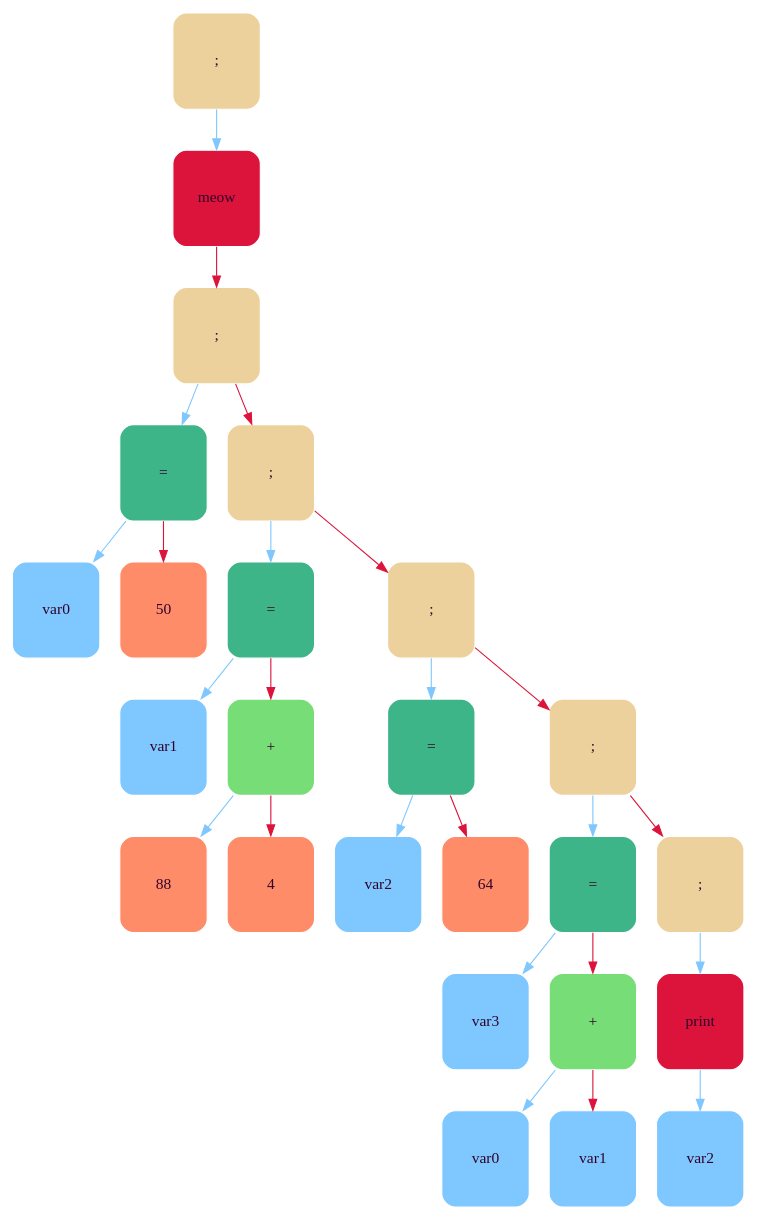
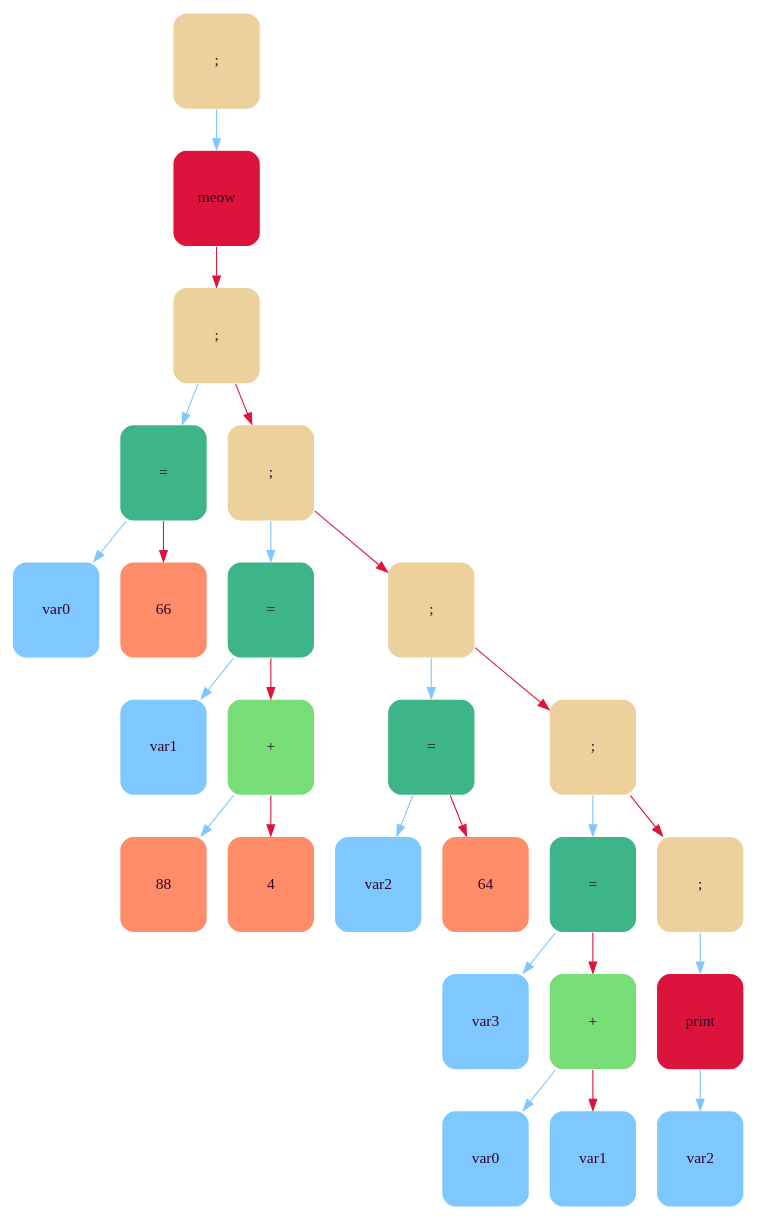
One commit to MaxGroshev/language changed the diagram in tree/graph_lib/tree_dump.dot. Above: the diagram before and after it, drawn with Graphviz. The commit also changed 22 other files, not shown here.

```diff
--- a/tree/graph_lib/tree_dump.dot
+++ b/tree/graph_lib/tree_dump.dot
@@ -3,53 +3,53 @@
 rankdir = ""
 splines = "true"
 
-node0x55bb34cb0838 [shape = "Mrecord", width = 1.1, height = 1.21, fillcolor = "#EDD19C", style = "filled", fontcolor = "#31032A", fontname = "Calibri", color = "white", label = "{;}"]
-node0x55bb34cb0838 -> node0x55bb34cb08a8 [color = "#7FC7FF", style = "", constraint = true, fillcolor = "#7FC7FF",   fontcolor = "", fontname = "Calibri", label = ""];
-node0x55bb34cb08a8 [shape = "Mrecord", width = 1.1, height = 1.21, fillcolor = "#DC143C", style = "filled", fontcolor = "#31032A", fontname = "Calibri", color = "white", label = "{meow}"]
-node0x55bb34cb08a8 -> node0x55bb34cb0918 [color = "#DC143C", style = "", constraint = true, fillcolor = "#DC143C",   fontcolor = "", fontname = "Calibri", label = ""];
-node0x55bb34cb0918 [shape = "Mrecord", width = 1.1, height = 1.21, fillcolor = "#EDD19C", style = "filled", fontcolor = "#31032A", fontname = "Calibri", color = "white", label = "{;}"]
-node0x55bb34cb0918 -> node0x55bb34cb0988 [color = "#7FC7FF", style = "", constraint = true, fillcolor = "#7FC7FF",   fontcolor = "", fontname = "Calibri", label = ""];
-node0x55bb34cb0988 [shape = "Mrecord", width = 1.1, height = 1.21, fillcolor = "#3EB489", style = "filled", fontcolor = "#31032A", fontname = "Calibri", color = "white", label = "{=}"]
-node0x55bb34cb0988 -> node0x55bb34cb09f8 [color = "#7FC7FF", style = "", constraint = true, fillcolor = "#7FC7FF",   fontcolor = "", fontname = "Calibri", label = ""];
-node0x55bb34cb09f8 [shape = "Mrecord", width = 1.1, height = 1.21, fillcolor = "#7FC7FF", style = "filled", fontcolor = "#31032A", fontname = "Calibri", color = "white", label = "{var0}"]
-node0x55bb34cb0988 -> node0x55bb34cb0a68 [color = "#DC143C", style = "", constraint = true, fillcolor = "#DC143C",   fontcolor = "", fontname = "Calibri", label = ""];
-node0x55bb34cb0a68 [shape = "Mrecord", width = 1.1, height = 1.21, fillcolor = "#FF8C69", style = "filled", fontcolor = "#31032A", fontname = "Calibri", color = "white", label = "{50}"]
-node0x55bb34cb0918 -> node0x55bb34cb0ad8 [color = "#DC143C", style = "", constraint = true, fillcolor = "#DC143C",   fontcolor = "", fontname = "Calibri", label = ""];
-node0x55bb34cb0ad8 [shape = "Mrecord", width = 1.1, height = 1.21, fillcolor = "#EDD19C", style = "filled", fontcolor = "#31032A", fontname = "Calibri", color = "white", label = "{;}"]
-node0x55bb34cb0ad8 -> node0x55bb34cb0b48 [color = "#7FC7FF", style = "", constraint = true, fillcolor = "#7FC7FF",   fontcolor = "", fontname = "Calibri", label = ""];
-node0x55bb34cb0b48 [shape = "Mrecord", width = 1.1, height = 1.21, fillcolor = "#3EB489", style = "filled", fontcolor = "#31032A", fontname = "Calibri", color = "white", label = "{=}"]
-node0x55bb34cb0b48 -> node0x55bb34cb0bb8 [color = "#7FC7FF", style = "", constraint = true, fillcolor = "#7FC7FF",   fontcolor = "", fontname = "Calibri", label = ""];
-node0x55bb34cb0bb8 [shape = "Mrecord", width = 1.1, height = 1.21, fillcolor = "#7FC7FF", style = "filled", fontcolor = "#31032A", fontname = "Calibri", color = "white", label = "{var1}"]
-node0x55bb34cb0b48 -> node0x55bb34cb0c28 [color = "#DC143C", style = "", constraint = true, fillcolor = "#DC143C",   fontcolor = "", fontname = "Calibri", label = ""];
-node0x55bb34cb0c28 [shape = "Mrecord", width = 1.1, height = 1.21, fillcolor = "#77DD77", style = "filled", fontcolor = "#31032A", fontname = "Calibri", color = "white", label = "{+}"]
-node0x55bb34cb0c28 -> node0x55bb34cb1168 [color = "#7FC7FF", style = "", constraint = true, fillcolor = "#7FC7FF",   fontcolor = "", fontname = "Calibri", label = ""];
-node0x55bb34cb1168 [shape = "Mrecord", width = 1.1, height = 1.21, fillcolor = "#FF8C69", style = "filled", fontcolor = "#31032A", fontname = "Calibri", color = "white", label = "{88}"]
-node0x55bb34cb0c28 -> node0x55bb34cb11d8 [color = "#DC143C", style = "", constraint = true, fillcolor = "#DC143C",   fontcolor = "", fontname = "Calibri", label = ""];
-node0x55bb34cb11d8 [shape = "Mrecord", width = 1.1, height = 1.21, fillcolor = "#FF8C69", style = "filled", fontcolor = "#31032A", fontname = "Calibri", color = "white", label = "{4}"]
-node0x55bb34cb0ad8 -> node0x55bb34cb1248 [color = "#DC143C", style = "", constraint = true, fillcolor = "#DC143C",   fontcolor = "", fontname = "Calibri", label = ""];
-node0x55bb34cb1248 [shape = "Mrecord", width = 1.1, height = 1.21, fillcolor = "#EDD19C", style = "filled", fontcolor = "#31032A", fontname = "Calibri", color = "white", label = "{;}"]
-node0x55bb34cb1248 -> node0x55bb34cb12b8 [color = "#7FC7FF", style = "", constraint = true, fillcolor = "#7FC7FF",   fontcolor = "", fontname = "Calibri", label = ""];
-node0x55bb34cb12b8 [shape = "Mrecord", width = 1.1, height = 1.21, fillcolor = "#3EB489", style = "filled", fontcolor = "#31032A", fontname = "Calibri", color = "white", label = "{=}"]
-node0x55bb34cb12b8 -> node0x55bb34cb1328 [color = "#7FC7FF", style = "", constraint = true, fillcolor = "#7FC7FF",   fontcolor = "", fontname = "Calibri", label = ""];
-node0x55bb34cb1328 [shape = "Mrecord", width = 1.1, height = 1.21, fillcolor = "#7FC7FF", style = "filled", fontcolor = "#31032A", fontname = "Calibri", color = "white", label = "{var2}"]
-node0x55bb34cb12b8 -> node0x55bb34cb1398 [color = "#DC143C", style = "", constraint = true, fillcolor = "#DC143C",   fontcolor = "", fontname = "Calibri", label = ""];
-node0x55bb34cb1398 [shape = "Mrecord", width = 1.1, height = 1.21, fillcolor = "#FF8C69", style = "filled", fontcolor = "#31032A", fontname = "Calibri", color = "white", label = "{64}"]
-node0x55bb34cb1248 -> node0x55bb34cb1408 [color = "#DC143C", style = "", constraint = true, fillcolor = "#DC143C",   fontcolor = "", fontname = "Calibri", label = ""];
-node0x55bb34cb1408 [shape = "Mrecord", width = 1.1, height = 1.21, fillcolor = "#EDD19C", style = "filled", fontcolor = "#31032A", fontname = "Calibri", color = "white", label = "{;}"]
-node0x55bb34cb1408 -> node0x55bb34cb1478 [color = "#7FC7FF", style = "", constraint = true, fillcolor = "#7FC7FF",   fontcolor = "", fontname = "Calibri", label = ""];
-node0x55bb34cb1478 [shape = "Mrecord", width = 1.1, height = 1.21, fillcolor = "#3EB489", style = "filled", fontcolor = "#31032A", fontname = "Calibri", color = "white", label = "{=}"]
-node0x55bb34cb1478 -> node0x55bb34cb14e8 [color = "#7FC7FF", style = "", constraint = true, fillcolor = "#7FC7FF",   fontcolor = "", fontname = "Calibri", label = ""];
-node0x55bb34cb14e8 [shape = "Mrecord", width = 1.1, height = 1.21, fillcolor = "#7FC7FF", style = "filled", fontcolor = "#31032A", fontname = "Calibri", color = "white", label = "{var3}"]
-node0x55bb34cb1478 -> node0x55bb34cb1558 [color = "#DC143C", style = "", constraint = true, fillcolor = "#DC143C",   fontcolor = "", fontname = "Calibri", label = ""];
-node0x55bb34cb1558 [shape = "Mrecord", width = 1.1, height = 1.21, fillcolor = "#77DD77", style = "filled", fontcolor = "#31032A", fontname = "Calibri", color = "white", label = "{+}"]
-node0x55bb34cb1558 -> node0x55bb34cb15c8 [color = "#7FC7FF", style = "", constraint = true, fillcolor = "#7FC7FF",   fontcolor = "", fontname = "Calibri", label = ""];
-node0x55bb34cb15c8 [shape = "Mrecord", width = 1.1, height = 1.21, fillcolor = "#7FC7FF", style = "filled", fontcolor = "#31032A", fontname = "Calibri", color = "white", label = "{var0}"]
-node0x55bb34cb1558 -> node0x55bb34cb1638 [color = "#DC143C", style = "", constraint = true, fillcolor = "#DC143C",   fontcolor = "", fontname = "Calibri", label = ""];
-node0x55bb34cb1638 [shape = "Mrecord", width = 1.1, height = 1.21, fillcolor = "#7FC7FF", style = "filled", fontcolor = "#31032A", fontname = "Calibri", color = "white", label = "{var1}"]
-node0x55bb34cb1408 -> node0x55bb34cb16a8 [color = "#DC143C", style = "", constraint = true, fillcolor = "#DC143C",   fontcolor = "", fontname = "Calibri", label = ""];
-node0x55bb34cb16a8 [shape = "Mrecord", width = 1.1, height = 1.21, fillcolor = "#EDD19C", style = "filled", fontcolor = "#31032A", fontname = "Calibri", color = "white", label = "{;}"]
-node0x55bb34cb16a8 -> node0x55bb34cb1718 [color = "#7FC7FF", style = "", constraint = true, fillcolor = "#7FC7FF",   fontcolor = "", fontname = "Calibri", label = ""];
-node0x55bb34cb1718 [shape = "Mrecord", width = 1.1, height = 1.21, fillcolor = "#DC143C", style = "filled", fontcolor = "#31032A", fontname = "Calibri", color = "white", label = "{print}"]
-node0x55bb34cb1718 -> node0x55bb34cb1788 [color = "#7FC7FF", style = "", constraint = true, fillcolor = "#7FC7FF",   fontcolor = "", fontname = "Calibri", label = ""];
-node0x55bb34cb1788 [shape = "Mrecord", width = 1.1, height = 1.21, fillcolor = "#7FC7FF", style = "filled", fontcolor = "#31032A", fontname = "Calibri", color = "white", label = "{var2}"]
+node0x55ddb92b9bd8 [shape = "Mrecord", width = 1.1, height = 1.21, fillcolor = "#EDD19C", style = "filled", fontcolor = "#31032A", fontname = "Calibri", color = "white", label = "{;}"]
+node0x55ddb92b9bd8 -> node0x55ddb92b9c48 [color = "#7FC7FF", style = "", constraint = true, fillcolor = "#7FC7FF",   fontcolor = "", fontname = "Calibri", label = ""];
+node0x55ddb92b9c48 [shape = "Mrecord", width = 1.1, height = 1.21, fillcolor = "#DC143C", style = "filled", fontcolor = "#31032A", fontname = "Calibri", color = "white", label = "{meow}"]
+node0x55ddb92b9c48 -> node0x55ddb92b9cb8 [color = "#DC143C", style = "", constraint = true, fillcolor = "#DC143C",   fontcolor = "", fontname = "Calibri", label = ""];
+node0x55ddb92b9cb8 [shape = "Mrecord", width = 1.1, height = 1.21, fillcolor = "#EDD19C", style = "filled", fontcolor = "#31032A", fontname = "Calibri", color = "white", label = "{;}"]
+node0x55ddb92b9cb8 -> node0x55ddb92b9d28 [color = "#7FC7FF", style = "", constraint = true, fillcolor = "#7FC7FF",   fontcolor = "", fontname = "Calibri", label = ""];
+node0x55ddb92b9d28 [shape = "Mrecord", width = 1.1, height = 1.21, fillcolor = "#3EB489", style = "filled", fontcolor = "#31032A", fontname = "Calibri", color = "white", label = "{=}"]
+node0x55ddb92b9d28 -> node0x55ddb92b9d98 [color = "#7FC7FF", style = "", constraint = true, fillcolor = "#7FC7FF",   fontcolor = "", fontname = "Calibri", label = ""];
+node0x55ddb92b9d98 [shape = "Mrecord", width = 1.1, height = 1.21, fillcolor = "#7FC7FF", style = "filled", fontcolor = "#31032A", fontname = "Calibri", color = "white", label = "{var0}"]
+node0x55ddb92b9d28 -> node0x55ddb92b9e08 [color = "#DC143C", style = "", constraint = true, fillcolor = "#DC143C",   fontcolor = "", fontname = "Calibri", label = ""];
+node0x55ddb92b9e08 [shape = "Mrecord", width = 1.1, height = 1.21, fillcolor = "#FF8C69", style = "filled", fontcolor = "#31032A", fontname = "Calibri", color = "white", label = "{66}"]
+node0x55ddb92b9cb8 -> node0x55ddb92b9e78 [color = "#DC143C", style = "", constraint = true, fillcolor = "#DC143C",   fontcolor = "", fontname = "Calibri", label = ""];
+node0x55ddb92b9e78 [shape = "Mrecord", width = 1.1, height = 1.21, fillcolor = "#EDD19C", style = "filled", fontcolor = "#31032A", fontname = "Calibri", color = "white", label = "{;}"]
+node0x55ddb92b9e78 -> node0x55ddb92b9ee8 [color = "#7FC7FF", style = "", constraint = true, fillcolor = "#7FC7FF",   fontcolor = "", fontname = "Calibri", label = ""];
+node0x55ddb92b9ee8 [shape = "Mrecord", width = 1.1, height = 1.21, fillcolor = "#3EB489", style = "filled", fontcolor = "#31032A", fontname = "Calibri", color = "white", label = "{=}"]
+node0x55ddb92b9ee8 -> node0x55ddb92b9f58 [color = "#7FC7FF", style = "", constraint = true, fillcolor = "#7FC7FF",   fontcolor = "", fontname = "Calibri", label = ""];
+node0x55ddb92b9f58 [shape = "Mrecord", width = 1.1, height = 1.21, fillcolor = "#7FC7FF", style = "filled", fontcolor = "#31032A", fontname = "Calibri", color = "white", label = "{var1}"]
+node0x55ddb92b9ee8 -> node0x55ddb92b9fc8 [color = "#DC143C", style = "", constraint = true, fillcolor = "#DC143C",   fontcolor = "", fontname = "Calibri", label = ""];
+node0x55ddb92b9fc8 [shape = "Mrecord", width = 1.1, height = 1.21, fillcolor = "#77DD77", style = "filled", fontcolor = "#31032A", fontname = "Calibri", color = "white", label = "{+}"]
+node0x55ddb92b9fc8 -> node0x55ddb92ba038 [color = "#7FC7FF", style = "", constraint = true, fillcolor = "#7FC7FF",   fontcolor = "", fontname = "Calibri", label = ""];
+node0x55ddb92ba038 [shape = "Mrecord", width = 1.1, height = 1.21, fillcolor = "#FF8C69", style = "filled", fontcolor = "#31032A", fontname = "Calibri", color = "white", label = "{88}"]
+node0x55ddb92b9fc8 -> node0x55ddb92ba0a8 [color = "#DC143C", style = "", constraint = true, fillcolor = "#DC143C",   fontcolor = "", fontname = "Calibri", label = ""];
+node0x55ddb92ba0a8 [shape = "Mrecord", width = 1.1, height = 1.21, fillcolor = "#FF8C69", style = "filled", fontcolor = "#31032A", fontname = "Calibri", color = "white", label = "{4}"]
+node0x55ddb92b9e78 -> node0x55ddb92ba118 [color = "#DC143C", style = "", constraint = true, fillcolor = "#DC143C",   fontcolor = "", fontname = "Calibri", label = ""];
+node0x55ddb92ba118 [shape = "Mrecord", width = 1.1, height = 1.21, fillcolor = "#EDD19C", style = "filled", fontcolor = "#31032A", fontname = "Calibri", color = "white", label = "{;}"]
+node0x55ddb92ba118 -> node0x55ddb92ba188 [color = "#7FC7FF", style = "", constraint = true, fillcolor = "#7FC7FF",   fontcolor = "", fontname = "Calibri", label = ""];
+node0x55ddb92ba188 [shape = "Mrecord", width = 1.1, height = 1.21, fillcolor = "#3EB489", style = "filled", fontcolor = "#31032A", fontname = "Calibri", color = "white", label = "{=}"]
+node0x55ddb92ba188 -> node0x55ddb92ba1f8 [color = "#7FC7FF", style = "", constraint = true, fillcolor = "#7FC7FF",   fontcolor = "", fontname = "Calibri", label = ""];
+node0x55ddb92ba1f8 [shape = "Mrecord", width = 1.1, height = 1.21, fillcolor = "#7FC7FF", style = "filled", fontcolor = "#31032A", fontname = "Calibri", color = "white", label = "{var2}"]
+node0x55ddb92ba188 -> node0x55ddb92ba268 [color = "#DC143C", style = "", constraint = true, fillcolor = "#DC143C",   fontcolor = "", fontname = "Calibri", label = ""];
+node0x55ddb92ba268 [shape = "Mrecord", width = 1.1, height = 1.21, fillcolor = "#FF8C69", style = "filled", fontcolor = "#31032A", fontname = "Calibri", color = "white", label = "{64}"]
+node0x55ddb92ba118 -> node0x55ddb92ba2d8 [color = "#DC143C", style = "", constraint = true, fillcolor = "#DC143C",   fontcolor = "", fontname = "Calibri", label = ""];
+node0x55ddb92ba2d8 [shape = "Mrecord", width = 1.1, height = 1.21, fillcolor = "#EDD19C", style = "filled", fontcolor = "#31032A", fontname = "Calibri", color = "white", label = "{;}"]
+node0x55ddb92ba2d8 -> node0x55ddb92ba348 [color = "#7FC7FF", style = "", constraint = true, fillcolor = "#7FC7FF",   fontcolor = "", fontname = "Calibri", label = ""];
+node0x55ddb92ba348 [shape = "Mrecord", width = 1.1, height = 1.21, fillcolor = "#3EB489", style = "filled", fontcolor = "#31032A", fontname = "Calibri", color = "white", label = "{=}"]
+node0x55ddb92ba348 -> node0x55ddb92ba3b8 [color = "#7FC7FF", style = "", constraint = true, fillcolor = "#7FC7FF",   fontcolor = "", fontname = "Calibri", label = ""];
+node0x55ddb92ba3b8 [shape = "Mrecord", width = 1.1, height = 1.21, fillcolor = "#7FC7FF", style = "filled", fontcolor = "#31032A", fontname = "Calibri", color = "white", label = "{var3}"]
+node0x55ddb92ba348 -> node0x55ddb92ba428 [color = "#DC143C", style = "", constraint = true, fillcolor = "#DC143C",   fontcolor = "", fontname = "Calibri", label = ""];
+node0x55ddb92ba428 [shape = "Mrecord", width = 1.1, height = 1.21, fillcolor = "#77DD77", style = "filled", fontcolor = "#31032A", fontname = "Calibri", color = "white", label = "{+}"]
+node0x55ddb92ba428 -> node0x55ddb92ba498 [color = "#7FC7FF", style = "", constraint = true, fillcolor = "#7FC7FF",   fontcolor = "", fontname = "Calibri", label = ""];
+node0x55ddb92ba498 [shape = "Mrecord", width = 1.1, height = 1.21, fillcolor = "#7FC7FF", style = "filled", fontcolor = "#31032A", fontname = "Calibri", color = "white", label = "{var0}"]
+node0x55ddb92ba428 -> node0x55ddb92ba508 [color = "#DC143C", style = "", constraint = true, fillcolor = "#DC143C",   fontcolor = "", fontname = "Calibri", label = ""];
+node0x55ddb92ba508 [shape = "Mrecord", width = 1.1, height = 1.21, fillcolor = "#7FC7FF", style = "filled", fontcolor = "#31032A", fontname = "Calibri", color = "white", label = "{var1}"]
+node0x55ddb92ba2d8 -> node0x55ddb92ba578 [color = "#DC143C", style = "", constraint = true, fillcolor = "#DC143C",   fontcolor = "", fontname = "Calibri", label = ""];
+node0x55ddb92ba578 [shape = "Mrecord", width = 1.1, height = 1.21, fillcolor = "#EDD19C", style = "filled", fontcolor = "#31032A", fontname = "Calibri", color = "white", label = "{;}"]
+node0x55ddb92ba578 -> node0x55ddb92ba5e8 [color = "#7FC7FF", style = "", constraint = true, fillcolor = "#7FC7FF",   fontcolor = "", fontname = "Calibri", label = ""];
+node0x55ddb92ba5e8 [shape = "Mrecord", width = 1.1, height = 1.21, fillcolor = "#DC143C", style = "filled", fontcolor = "#31032A", fontname = "Calibri", color = "white", label = "{print}"]
+node0x55ddb92ba5e8 -> node0x55ddb92ba658 [color = "#7FC7FF", style = "", constraint = true, fillcolor = "#7FC7FF",   fontcolor = "", fontname = "Calibri", label = ""];
+node0x55ddb92ba658 [shape = "Mrecord", width = 1.1, height = 1.21, fillcolor = "#7FC7FF", style = "filled", fontcolor = "#31032A", fontname = "Calibri", color = "white", label = "{var2}"]
 }
```
